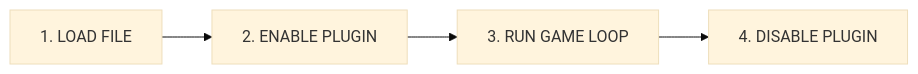
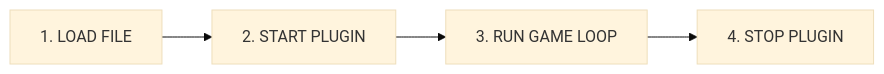
The diagram in docs/guide/index.md (encomjp/HyTale-Api-Docs), drawn with Mermaid (base theme) before and after one commit. The commit also changed other lines of this file and 445 other files, not shown here.

````diff
--- a/docs/guide/index.md
+++ b/docs/guide/index.md
@@ -39,6 +13,6 @@
 ```mermaid
 graph LR
-    Load[1. LOAD FILE] --> Enable[2. ENABLE PLUGIN]
+    Load[1. LOAD FILE] --> Enable[2. START PLUGIN]
     Enable --> Run[3. RUN GAME LOOP]
-    Run --> Disable[4. DISABLE PLUGIN]
+    Run --> Disable[4. STOP PLUGIN]
 ```
````
